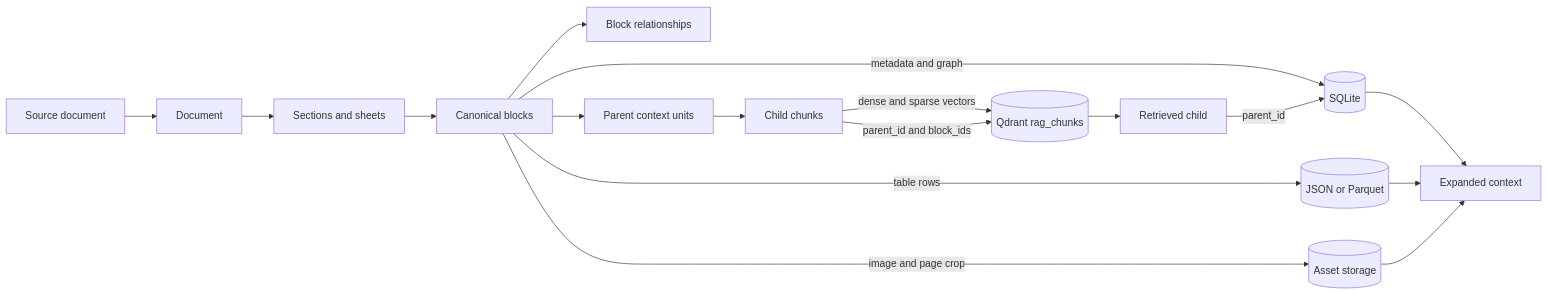
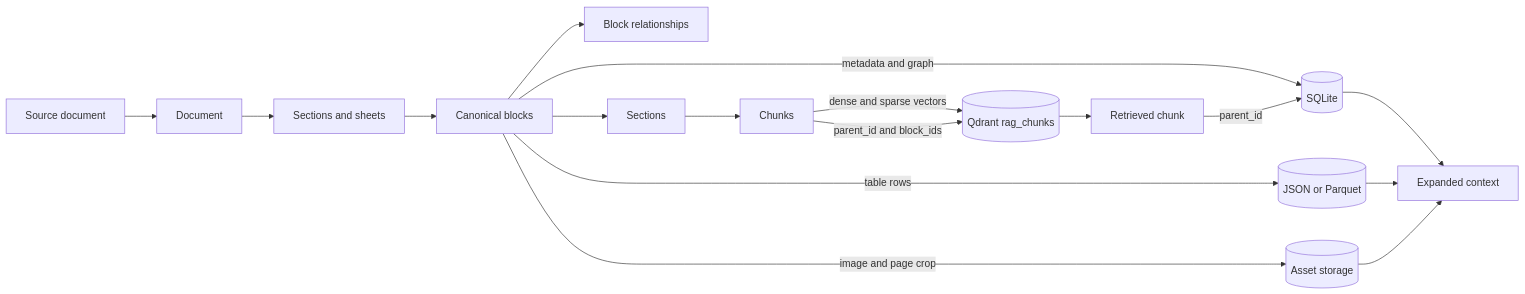
Before and after one commit to NhoDung/RAG-basic: the fourth of 7 diagrams in Architecture.md, drawn with Mermaid. The commit also changed other lines of this file and 19 other files, not shown here.

````diff
--- a/Architecture.md
+++ b/Architecture.md
@@ -259,22 +270,22 @@
 ```mermaid
 flowchart LR
     FILE[Source document] --> DOC[Document]
     DOC --> SEC[Sections and sheets]
     SEC --> BLOCK[Canonical blocks]
     BLOCK --> REL[Block relationships]
-    BLOCK --> PARENT[Parent context units]
-    PARENT --> CHILD[Child chunks]
+    BLOCK --> PARENT[Sections]
+    PARENT --> CHILD[Chunks]
 
     BLOCK -->|table rows| TABLE[(JSON or Parquet)]
     BLOCK -->|metadata and graph| SQLITE[(SQLite)]
     BLOCK -->|image and page crop| ASSETS[(Asset storage)]
 
     CHILD -->|dense and sparse vectors| QDRANT[(Qdrant rag_chunks)]
     CHILD -->|parent_id and block_ids| QDRANT
 
-    QDRANT --> HIT[Retrieved child]
+    QDRANT --> HIT[Retrieved chunk]
     HIT -->|parent_id| SQLITE
     SQLITE --> CONTEXT[Expanded context]
     TABLE --> CONTEXT
     ASSETS --> CONTEXT
 ```
````
